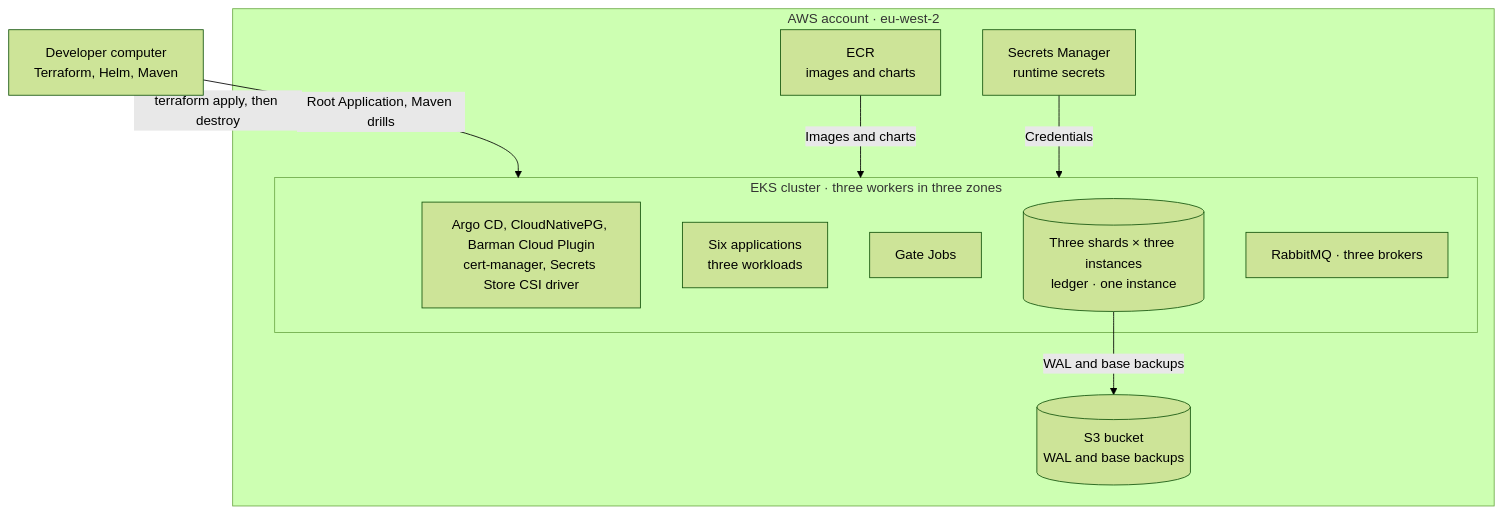
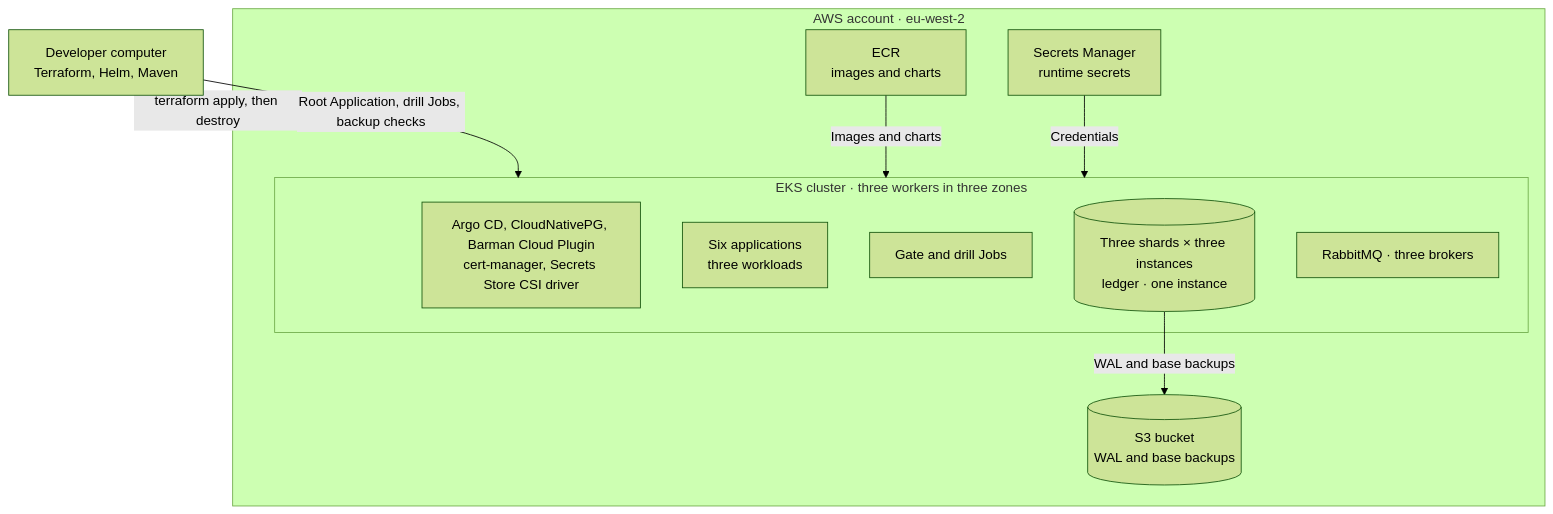
Before and after one commit to nklip/JavaCraft: the sixth of 13 diagrams in microservices/shardshop/ARCHITECTURE.md, drawn with Mermaid (forest theme). The commit also changed other lines of this file and 45 other files, not shown here.

````diff
--- a/microservices/shardshop/ARCHITECTURE.md
+++ b/microservices/shardshop/ARCHITECTURE.md
@@ -356,21 +369,21 @@
 ```mermaid
 flowchart TB
     Dev["Developer computer<br/>Terraform, Helm, Maven"]
     subgraph Account["AWS account · eu-west-2"]
         ECR["ECR<br/>images and charts"]
         S3[("S3 bucket<br/>WAL and base backups")]
         SM["Secrets Manager<br/>runtime secrets"]
         subgraph EKS["EKS cluster · three workers in three zones"]
             Ops["Argo CD, CloudNativePG, Barman Cloud Plugin<br/>cert-manager, Secrets Store CSI driver"]
             Apps2["Six applications<br/>three workloads"]
-            Gates["Gate Jobs"]
+            Gates["Gate and drill Jobs"]
             DB2[("Three shards × three instances<br/>ledger · one instance")]
             MQ2["RabbitMQ · three brokers"]
         end
     end
     Dev -->|"terraform apply, then destroy"| Account
-    Dev -->|"Root Application, Maven drills"| EKS
+    Dev -->|"Root Application, drill Jobs, backup checks"| EKS
     ECR -->|"Images and charts"| EKS
     SM -->|"Credentials"| EKS
     DB2 -->|"WAL and base backups"| S3
 ```
````
